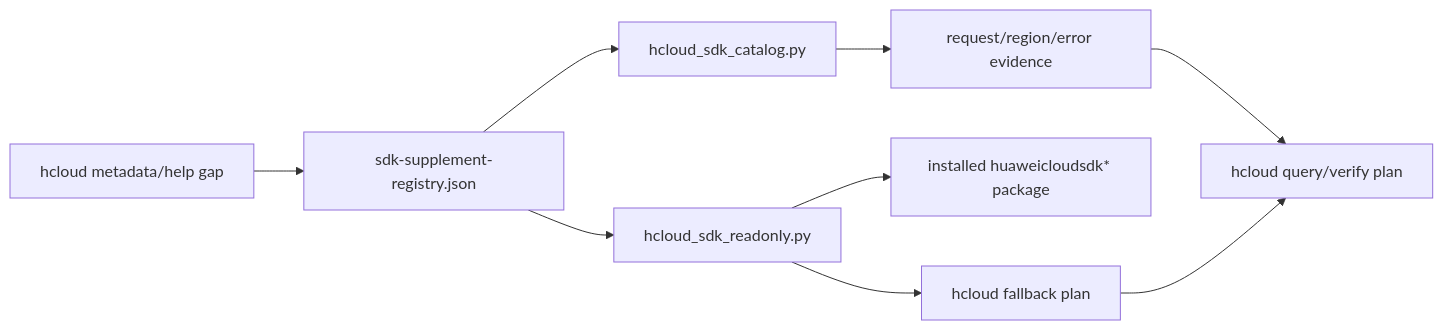
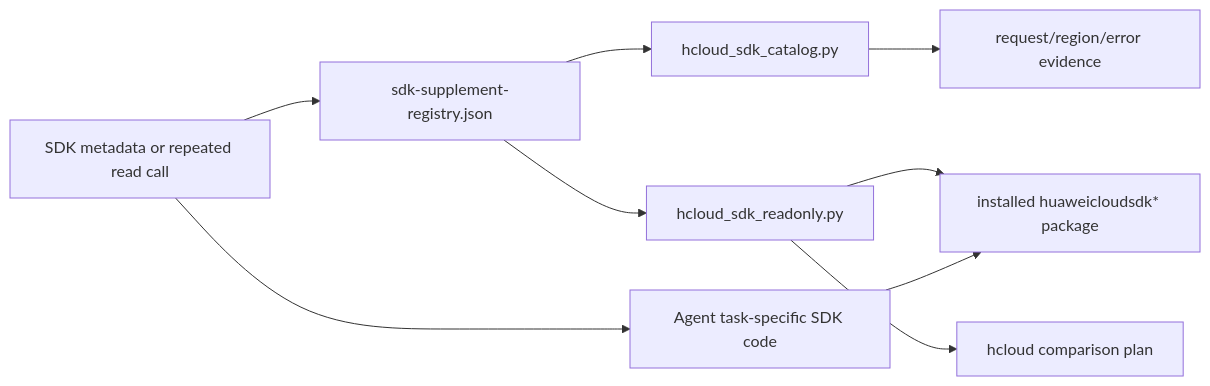
One commit to pipixia-labs/huaweicloud-skill changed the second of 5 diagrams in docs/implementation-details.md. Above: the diagram before and after it, drawn with Mermaid. The commit also changed other lines of this file and 43 other files, not shown here.

````diff
--- a/docs/implementation-details.md
+++ b/docs/implementation-details.md
@@ -223,11 +224,11 @@
 ```mermaid
 flowchart LR
-    Need["hcloud metadata/help gap"] --> Registry["sdk-supplement-registry.json"]
+    Need["SDK metadata or repeated read call"] --> Registry["sdk-supplement-registry.json"]
     Registry --> Catalog["hcloud_sdk_catalog.py"]
     Catalog --> Evidence["request/region/error evidence"]
     Registry --> ReadOnly["hcloud_sdk_readonly.py"]
     ReadOnly --> SDKPkg["installed huaweicloudsdk* package"]
-    ReadOnly --> Fallback["hcloud fallback plan"]
-    Evidence --> HCloudPlan["hcloud query/verify plan"]
-    Fallback --> HCloudPlan
+    ReadOnly --> Fallback["hcloud comparison plan"]
+    Need --> TaskCode["Agent task-specific SDK code"]
+    TaskCode --> SDKPkg
 ```
````
